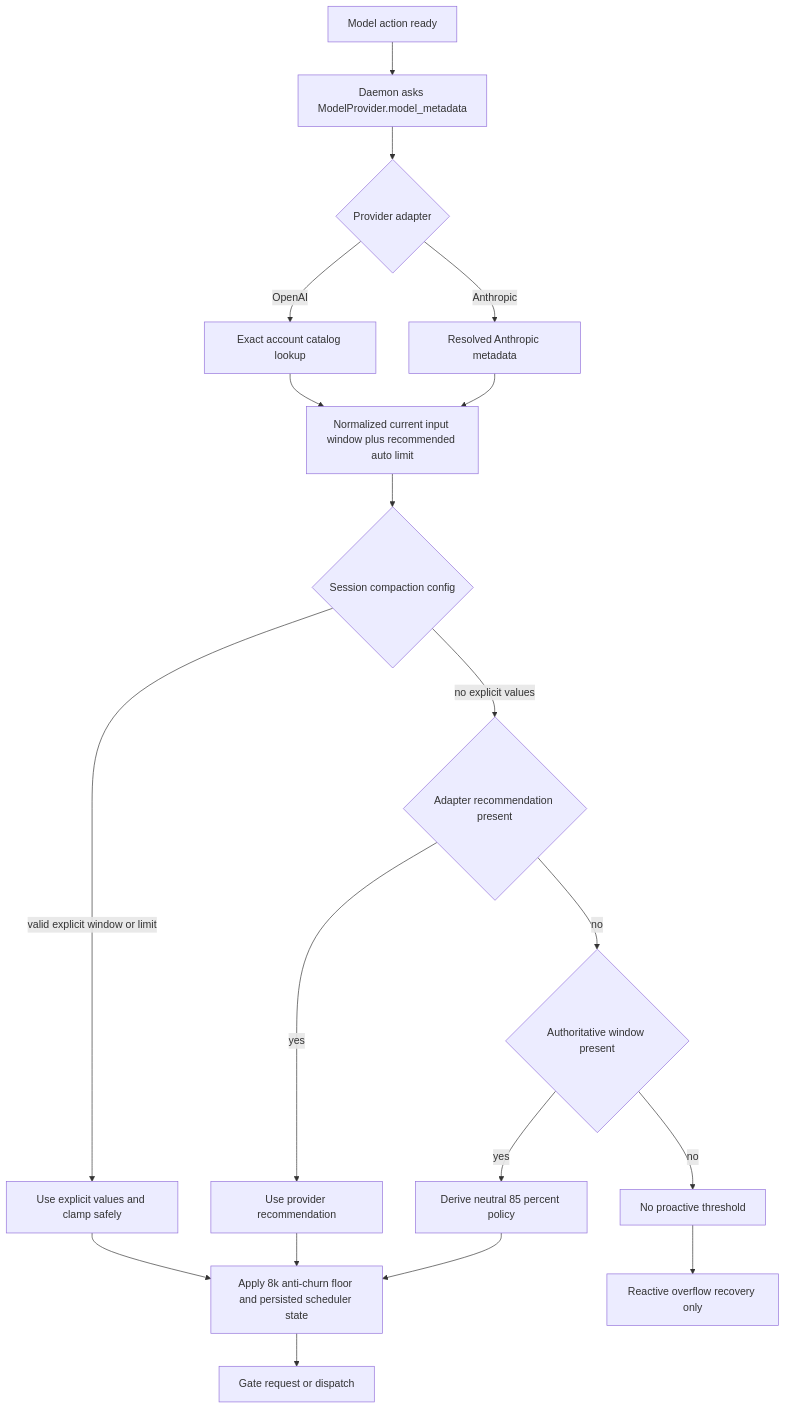
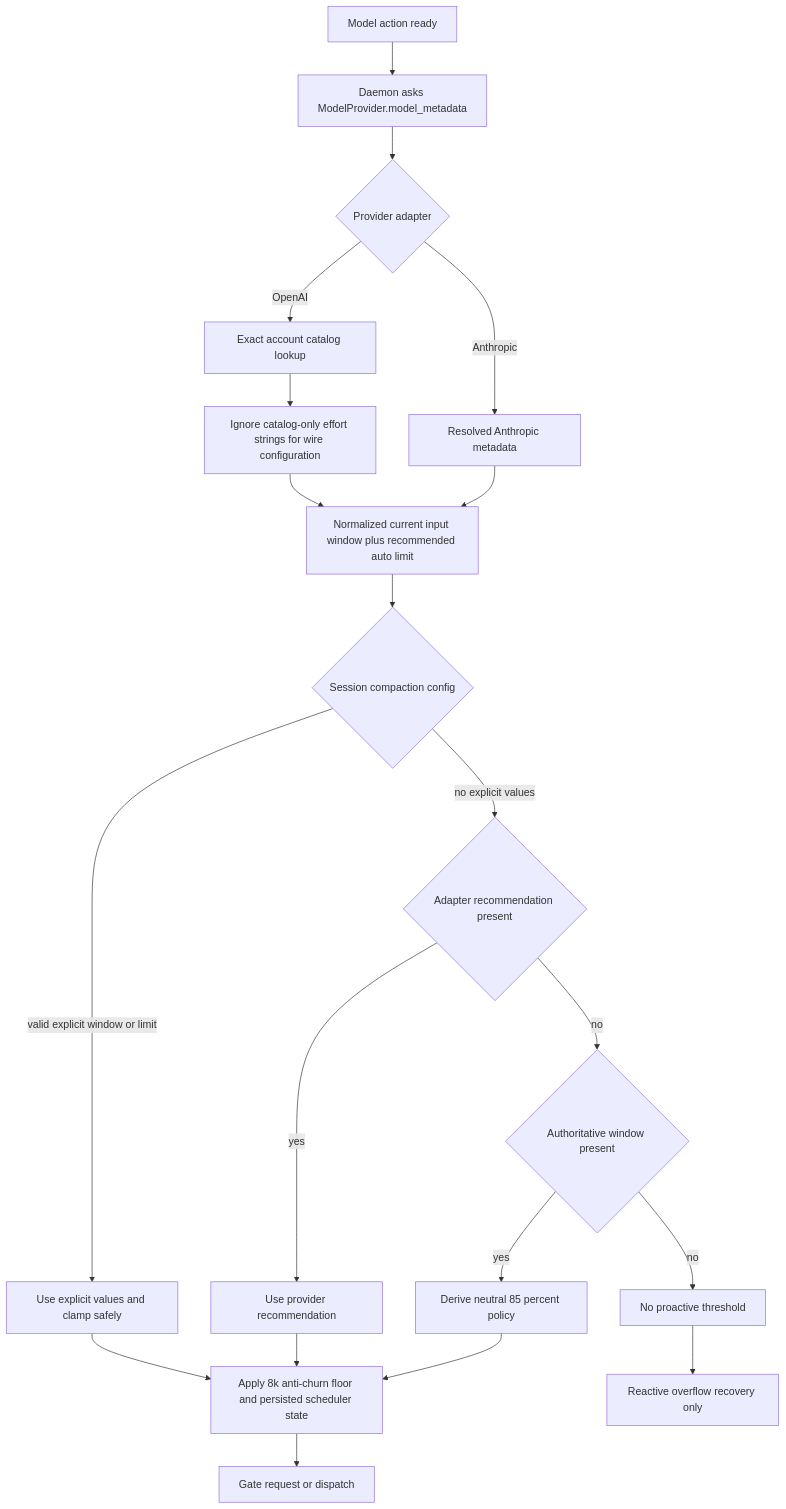
The first of 2 diagrams in rust/docs/plans/codex-model-capability-discovery-pr.md (galletas1712/pi-relay), drawn with Mermaid before and after one commit. The commit also changed other lines of this file and 10 other files, not shown here.

Commit message:
fix: keep Codex ultra catalog-only

````diff
--- a/rust/docs/plans/codex-model-capability-discovery-pr.md
+++ b/rust/docs/plans/codex-model-capability-discovery-pr.md
@@ -32,21 +36,22 @@
 ```mermaid
 flowchart TD
     A[Model action ready] --> B[Daemon asks ModelProvider.model_metadata]
     B --> C{Provider adapter}
     C -->|OpenAI| D[Exact account catalog lookup]
     C -->|Anthropic| E[Resolved Anthropic metadata]
-    D --> F[Normalized current input window plus recommended auto limit]
+    D --> Q[Ignore catalog-only effort strings for wire configuration]
+    Q --> F[Normalized current input window plus recommended auto limit]
     E --> F
     F --> G{Session compaction config}
     G -->|valid explicit window or limit| H[Use explicit values and clamp safely]
     G -->|no explicit values| I{Adapter recommendation present}
     I -->|yes| J[Use provider recommendation]
     I -->|no| K{Authoritative window present}
     K -->|yes| L[Derive neutral 85 percent policy]
     K -->|no| M[No proactive threshold]
     H --> N[Apply 8k anti-churn floor and persisted scheduler state]
     J --> N
     L --> N
     M --> O[Reactive overflow recovery only]
     N --> P[Gate request or dispatch]
 ```
````
